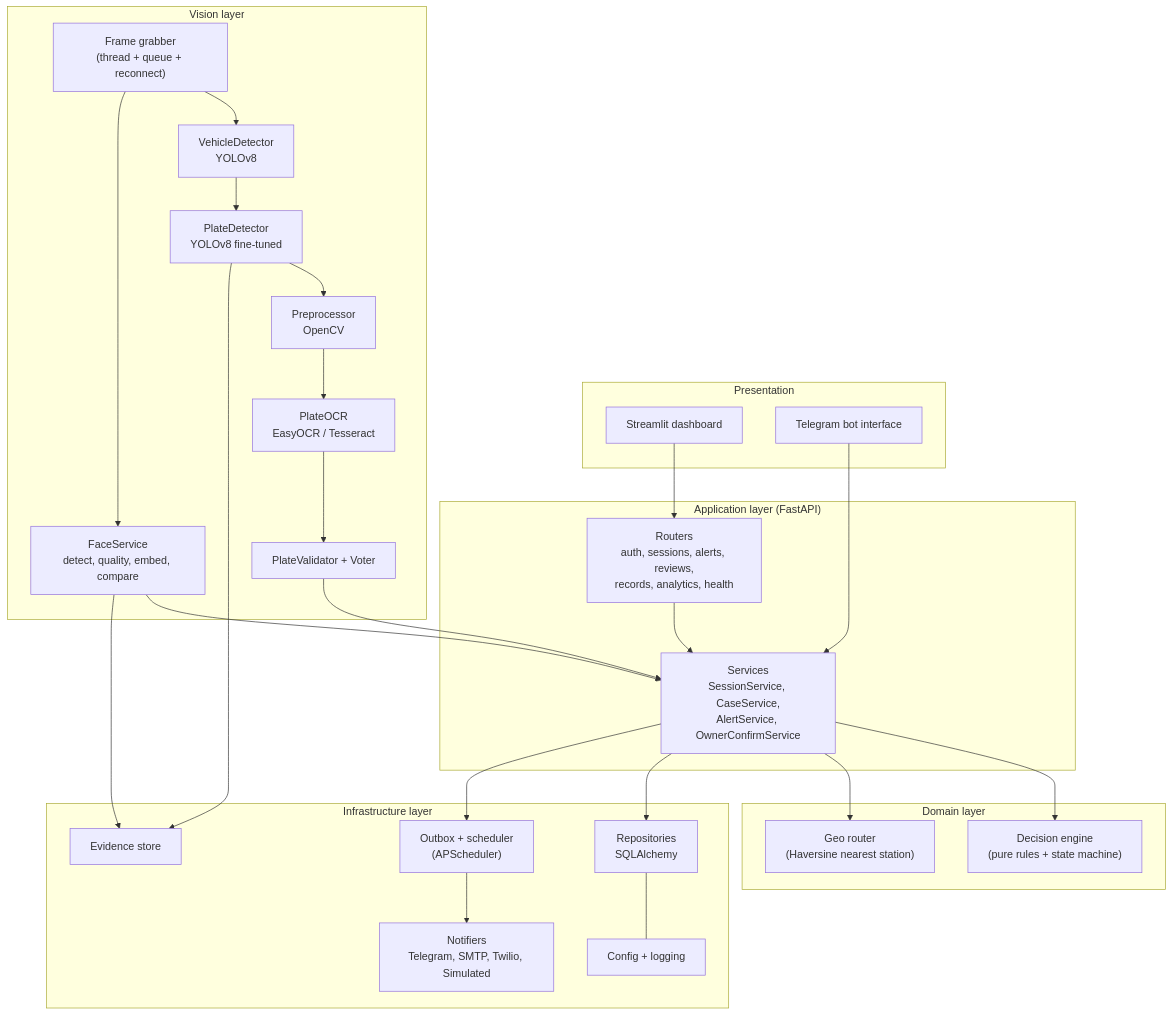
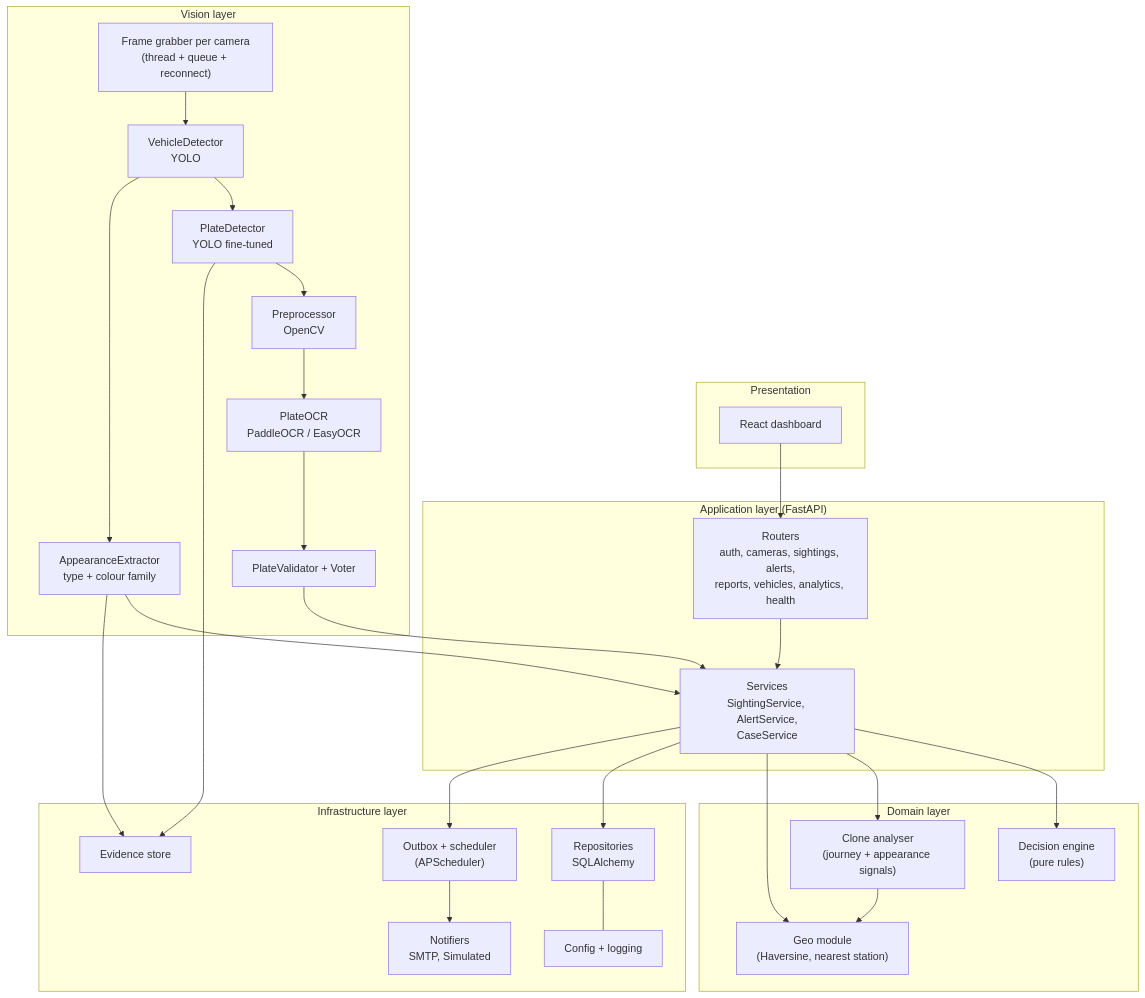
Before and after one commit to Vini07Dsouza/vehiGuard: the second of 9 diagrams in docs/architecture.md, drawn with Mermaid. The commit also changed other lines of this file and 6 other files, not shown here.

````diff
--- a/docs/architecture.md
+++ b/docs/architecture.md
@@ -79,49 +84,50 @@
 ```mermaid
 flowchart TB
   subgraph Presentation
-    ST["Streamlit dashboard"]
-    TG["Telegram bot interface"]
+    RD["React dashboard"]
   end
 
   subgraph Application["Application layer (FastAPI)"]
-    R["Routers<br/>auth, sessions, alerts, reviews,<br/>records, analytics, health"]
-    SV["Services<br/>SessionService, CaseService,<br/>AlertService, OwnerConfirmService"]
+    R["Routers<br/>auth, cameras, sightings, alerts,<br/>reports, vehicles, analytics, health"]
+    SV["Services<br/>SightingService, AlertService,<br/>CaseService"]
   end
 
   subgraph Domain["Domain layer"]
-    DE["Decision engine<br/>(pure rules + state machine)"]
-    GEO["Geo router<br/>(Haversine nearest station)"]
+    DE["Decision engine<br/>(pure rules)"]
+    CL["Clone analyser<br/>(journey + appearance signals)"]
+    GEO["Geo module<br/>(Haversine, nearest station)"]
   end
 
   subgraph Vision["Vision layer"]
-    CAPW["Frame grabber<br/>(thread + queue + reconnect)"]
-    VD["VehicleDetector<br/>YOLOv8"]
-    PD["PlateDetector<br/>YOLOv8 fine-tuned"]
+    CAPW["Frame grabber per camera<br/>(thread + queue + reconnect)"]
+    VD["VehicleDetector<br/>YOLO"]
+    PD["PlateDetector<br/>YOLO fine-tuned"]
     PP["Preprocessor<br/>OpenCV"]
-    OCR["PlateOCR<br/>EasyOCR / Tesseract"]
+    OCR["PlateOCR<br/>PaddleOCR / EasyOCR"]
     PV["PlateValidator + Voter"]
-    FD["FaceService<br/>detect, quality, embed, compare"]
+    AP["AppearanceExtractor<br/>type + colour family"]
   end
 
   subgraph Infra["Infrastructure layer"]
     REPO["Repositories<br/>SQLAlchemy"]
     EV["Evidence store"]
     OB["Outbox + scheduler<br/>(APScheduler)"]
-    NT["Notifiers<br/>Telegram, SMTP, Twilio, Simulated"]
+    NT["Notifiers<br/>SMTP, Simulated"]
     CFG["Config + logging"]
   end
 
-  ST --> R
-  TG --> SV
+  RD --> R
   R --> SV
   SV --> DE
+  SV --> CL
+  CL --> GEO
   SV --> GEO
   SV --> REPO
   SV --> OB
   CAPW --> VD --> PD --> PP --> OCR --> PV --> SV
-  CAPW --> FD --> SV
+  VD --> AP --> SV
   OB --> NT
-  FD --> EV
   PD --> EV
+  AP --> EV
   REPO --- CFG
 ```
````
